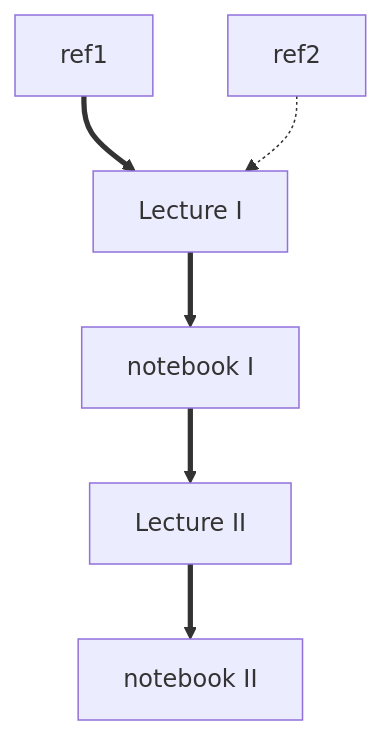
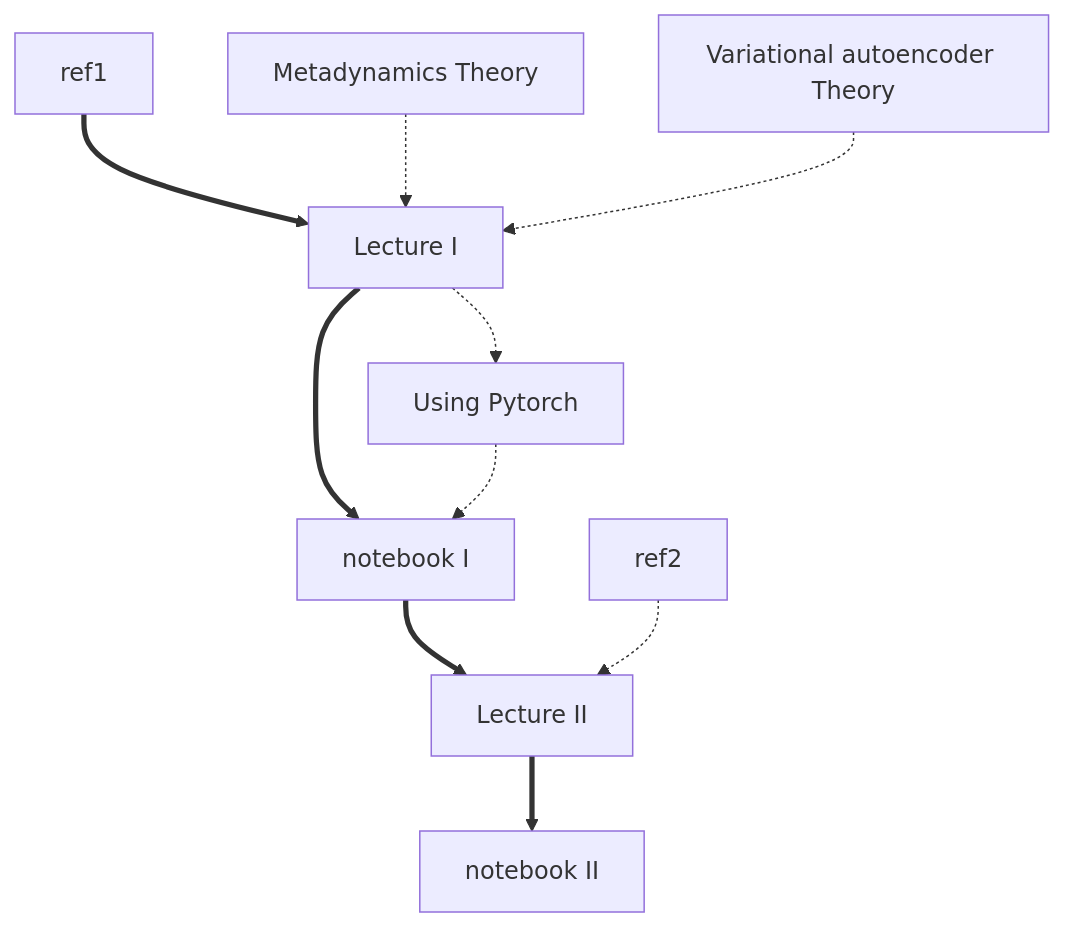
Before and after one commit to YuanpengHou/SPIB-plumed-masterclass-2022: the diagram in NAVIGATION.md, drawn with Mermaid. The commit also changed other lines of this file, not shown here.

````diff
--- a/NAVIGATION.md
+++ b/NAVIGATION.md
@@ -12,14 +13,23 @@
 ```mermaid
 flowchart TB;
+
   A[ref1] ==> C[Lecture I];
-  B[ref2] -.-> C;
   C ==> D[notebook I];
   D ==> E[Lecture II];
   E ==> F[notebook II];
-  click A "ref1" "The paper about the SPIB method that is introduced in the tutorial";
+  G[Metadynamics Theory] -.-> C
+  C -.-> I
+  I[Using Pytorch] -.->D
+  B[ref2] -.-> E;
+  H[Variational autoencoder Theory] -.-> C
+    
+  click A "ref1" "The paper about the SPIB method introduced in this tutorial";
   click B "ref2" "A paper that describes how the SPIB method was applied to two biophyically relevant systems";
   click C "video1" "A lecture that was given on May 9th 2022 as part of the plumed masterclass series that introduces you to the exercises in this lesson";
   click D "SPIB-plumed-masterclass-2022/Tutorial_1_plumed_SPIB_masterclass_2022.ipynb" "A python notebook that describes the exercises that were introdced in the first video";
   click E "video2" "A lecture that was given on May 16th 2022 as part of the plumed masterclass series that goes through the solutions to the exercises in the lesson";
   click F "SPIB-plumed-masterclass-2022/Tutorial_2_plumed_SPIB_masterclass_2022.ipynb" "A python notebook that includes the exercises that were introduced in the second video";
+  click G "ref3" "Introduction to Metadynamics as an enhanced sampling technique";
+  click H "ref4" "Paper that introduces the Variational autoencoder with VampPrior neural network architechture employed in SPIB";
+  click I "ref5" "PyTorch tutorials for improved understanding of SPIB implementation";
 ```
````
